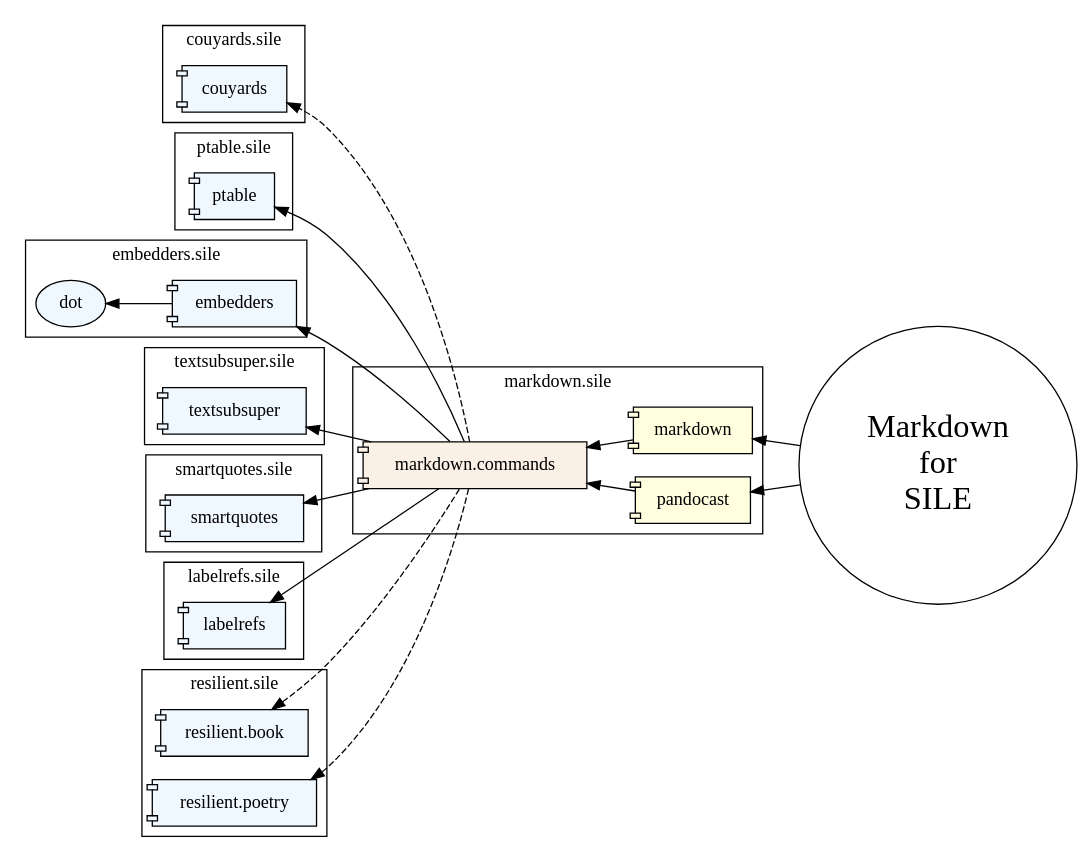
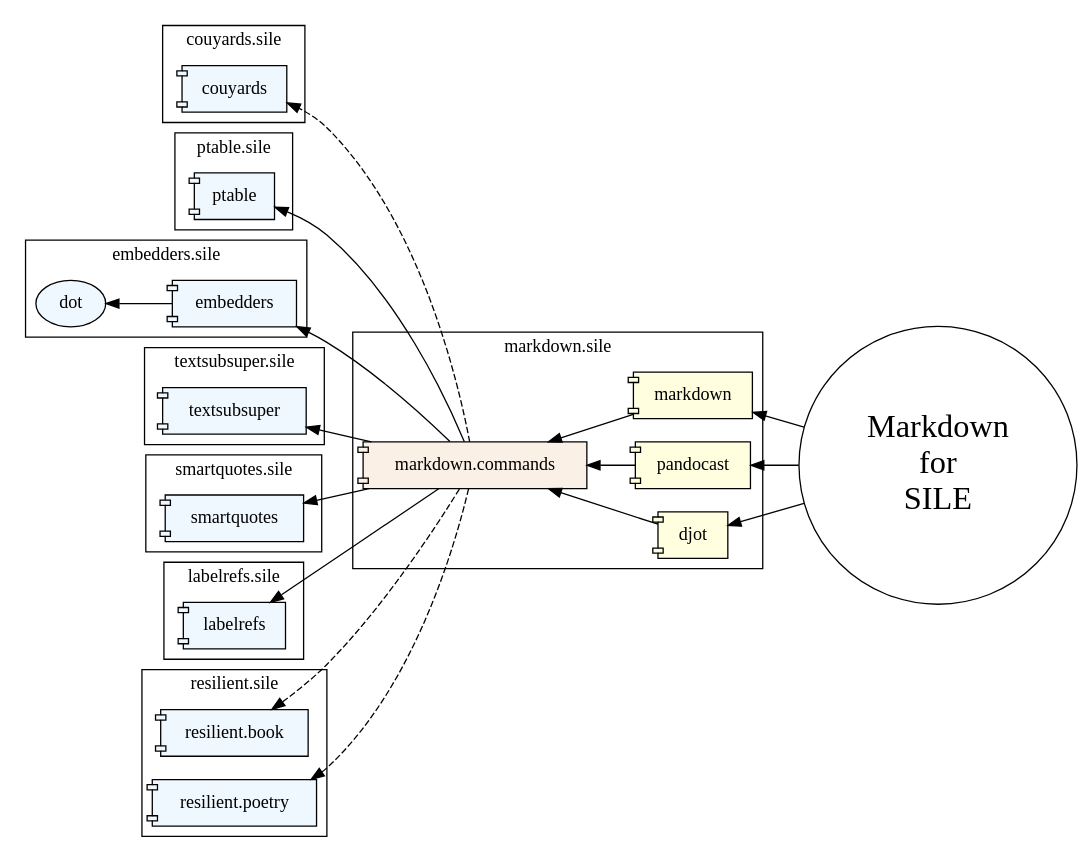
One commit to Omikhleia/markdown.sile changed the diagram in examples/markdown-sile-schema.dot. Above: the diagram before and after it, drawn with Graphviz. The commit also changed 9 other files, not shown here.

```diff
--- a/examples/markdown-sile-schema.dot
+++ b/examples/markdown-sile-schema.dot
@@ -1,74 +1,78 @@
 digraph omikhleia {
 	rankdir=RL;
 
   subgraph cluster_couyards {
     label = "couyards.sile";
 
     couyards [shape=component,style=filled,fillcolor=aliceblue]
   }
 
   subgraph cluster_ptable {
     label = "ptable.sile";
 
     ptable [shape=component,style=filled,fillcolor=aliceblue]
   }
 
   subgraph cluster_embedders {
     label = "embedders.sile";
 
     embedders [shape=component,style=filled,fillcolor=aliceblue]
     dot [style=filled,fillcolor=aliceblue]
       
     embedders -> dot
   }  
 
   subgraph cluster_textsubsuper {
     label = "textsubsuper.sile";
 
     textsubsuper [shape=component,style=filled,fillcolor=aliceblue]
   }
 
   subgraph cluster_smartquotes {
     label = "smartquotes.sile";
 
     smartquotes [shape=component,style=filled,fillcolor=aliceblue]
 
   }
   
   subgraph cluster_labelrefs {
     label = "labelrefs.sile";
 
     labelrefs [shape=component,style=filled,fillcolor=aliceblue]
   }
 
   subgraph cluster_resilient {
     label = "resilient.sile";
 
     book [shape=component,style=filled,fillcolor=aliceblue,label="resilient.book"]
     poetry [shape=component,style=filled,fillcolor=aliceblue,label="resilient.poetry"]
   }
 
   subgraph cluster_markdown {
     label = "markdown.sile";
 
     markdown [shape=component,style=filled,fillcolor=lightyellow]
     pandocast [shape=component,style=filled,fillcolor=lightyellow]
+    djot [shape=component,style=filled,fillcolor=lightyellow]
+
     mrkcmd [shape=component,label="markdown.commands",style=filled,fillcolor=linen]
 
     markdown -> mrkcmd
     pandocast -> mrkcmd
+    djot -> mrkcmd
 
     mrkcmd -> embedders
     mrkcmd -> labelrefs
     mrkcmd -> ptable
     mrkcmd -> smartquotes
     mrkcmd -> textsubsuper
     mrkcmd -> poetry [style=dashed]
     mrkcmd -> book [style=dashed]
     mrkcmd -> couyards [style=dashed]
   }
   
   mybook [shape = circle, label="Markdown\nfor\nSILE", fontsize="25"]
   mybook -> markdown
   mybook -> pandocast
+  mybook -> djot
 }
```
